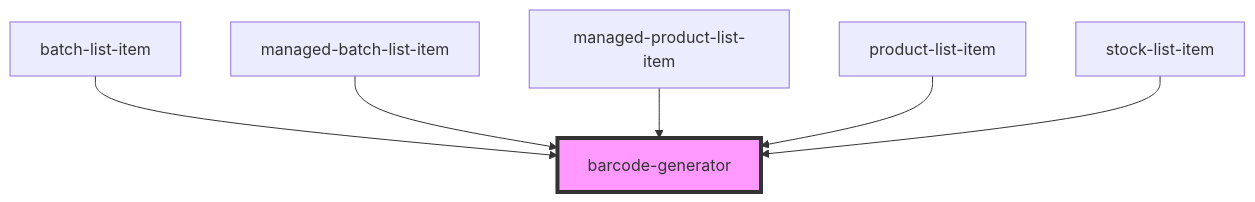
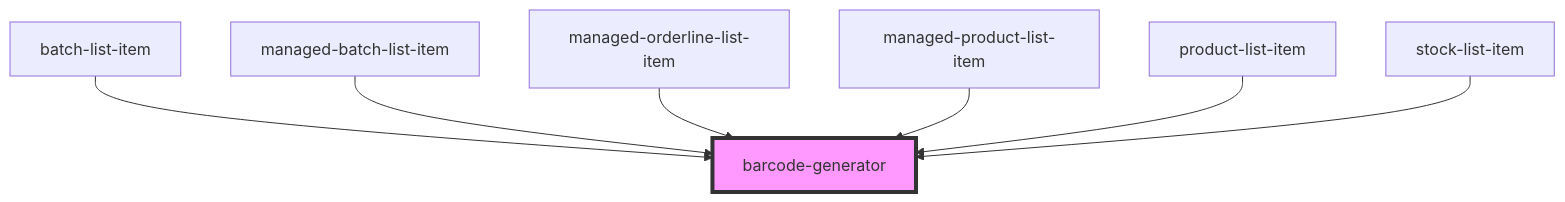
Before and after one commit to PharmaLedger-IMI/fgt-workspace: the diagram in pdm-web-components/src/components/barcode-generator/readme.md, drawn with Mermaid. The commit also changed other lines of this file and 15 other files, not shown here.

````diff
--- a/pdm-web-components/src/components/barcode-generator/readme.md
+++ b/pdm-web-components/src/components/barcode-generator/readme.md
@@ -31,9 +32,10 @@
 ```mermaid
 graph TD;
   batch-list-item --> barcode-generator
   managed-batch-list-item --> barcode-generator
+  managed-orderline-list-item --> barcode-generator
   managed-product-list-item --> barcode-generator
   product-list-item --> barcode-generator
   stock-list-item --> barcode-generator
   style barcode-generator fill:#f9f,stroke:#333,stroke-width:4px
 ```
````
